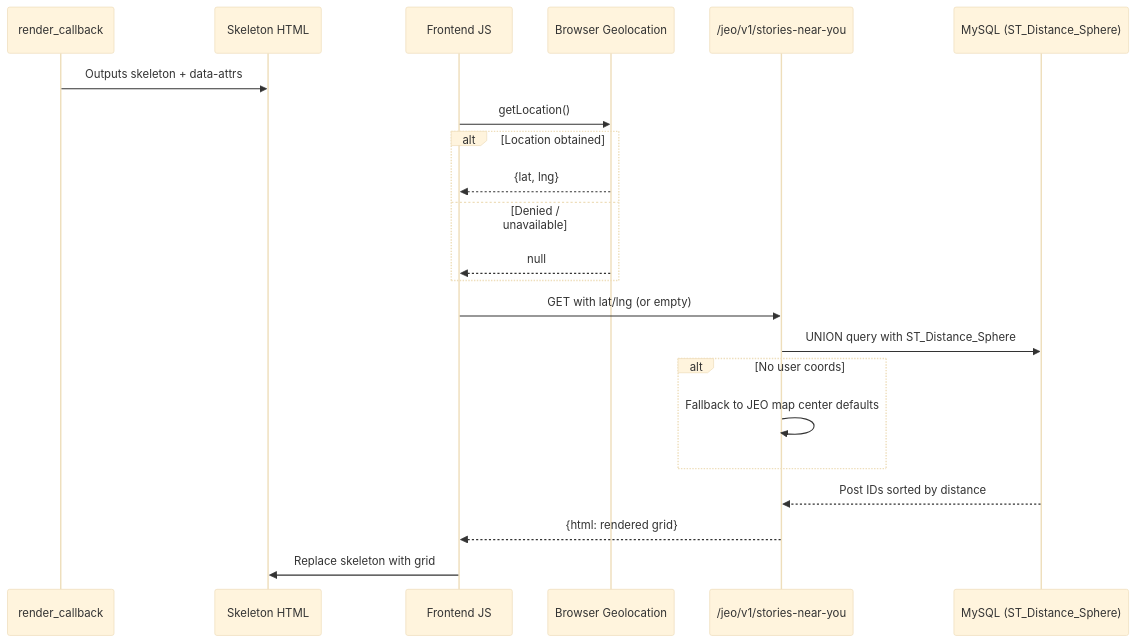
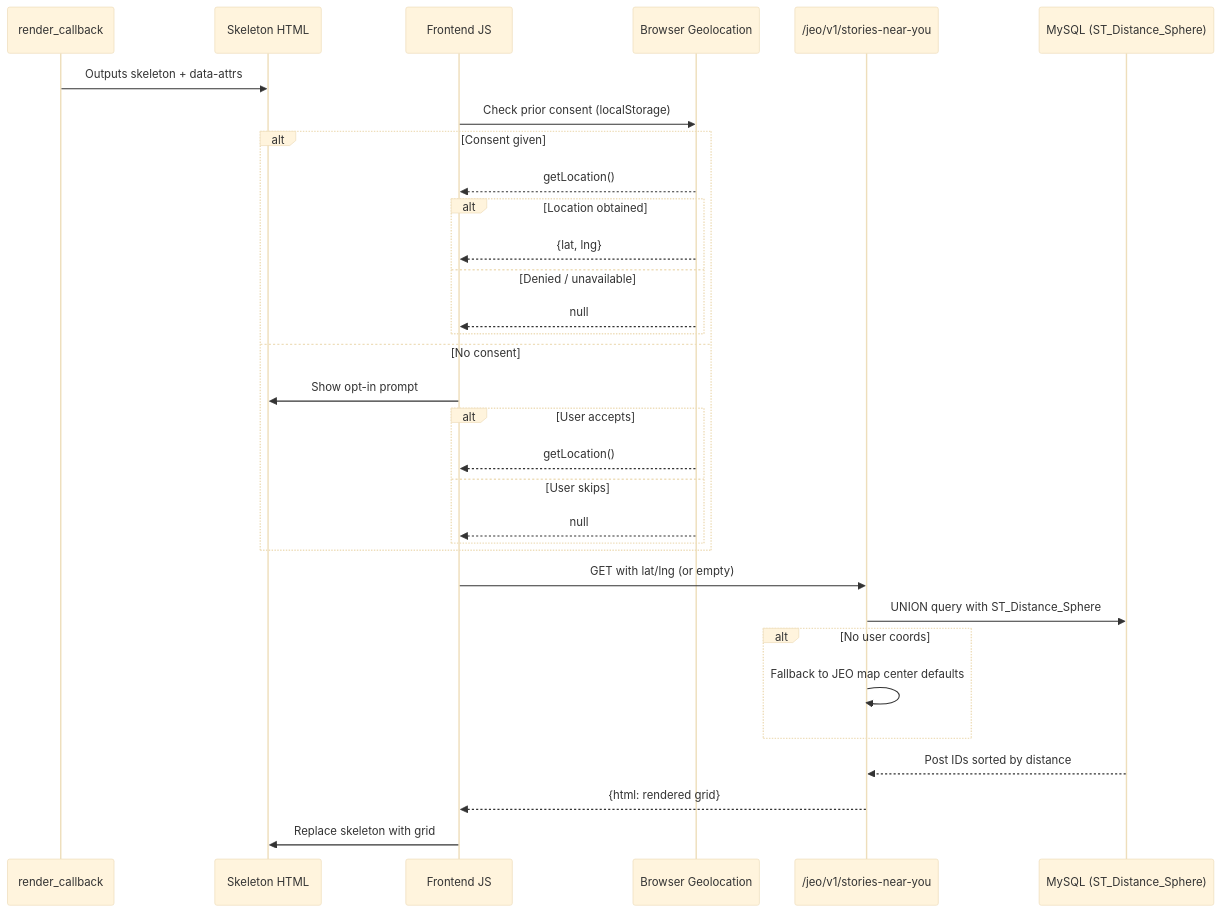
One commit to InfoAmazonia/jeo-plugin changed the diagram in .architecture/stories-near-you/README.md. Above: the diagram before and after it, drawn with Mermaid (base theme). The commit also changed 5 other files, not shown here.

Commit message:
docs(architecture, AGENTS): document privacy, security, and compliance changes

````diff
--- a/.architecture/stories-near-you/README.md
+++ b/.architecture/stories-near-you/README.md
@@ -16,25 +16,35 @@
 ```mermaid
 sequenceDiagram
     participant PHP as render_callback
     participant HTML as Skeleton HTML
     participant JS as Frontend JS
     participant GEO as Browser Geolocation
     participant REST as /jeo/v1/stories-near-you
     participant DB as MySQL (ST_Distance_Sphere)
 
     PHP->>HTML: Outputs skeleton + data-attrs
-    JS->>GEO: getLocation()
-    alt Location obtained
-        GEO-->>JS: {lat, lng}
-    else Denied / unavailable
-        GEO-->>JS: null
+    JS->>GEO: Check prior consent (localStorage)
+    alt Consent given
+        GEO-->>JS: getLocation()
+        alt Location obtained
+            GEO-->>JS: {lat, lng}
+        else Denied / unavailable
+            GEO-->>JS: null
+        end
+    else No consent
+        JS->>HTML: Show opt-in prompt
+        alt User accepts
+            GEO-->>JS: getLocation()
+        else User skips
+            GEO-->>JS: null
+        end
     end
     JS->>REST: GET with lat/lng (or empty)
     REST->>DB: UNION query with ST_Distance_Sphere
     alt No user coords
         REST->>REST: Fallback to JEO map center defaults
     end
     DB-->>REST: Post IDs sorted by distance
     REST-->>JS: {html: rendered grid}
     JS->>HTML: Replace skeleton with grid
 ```
````
